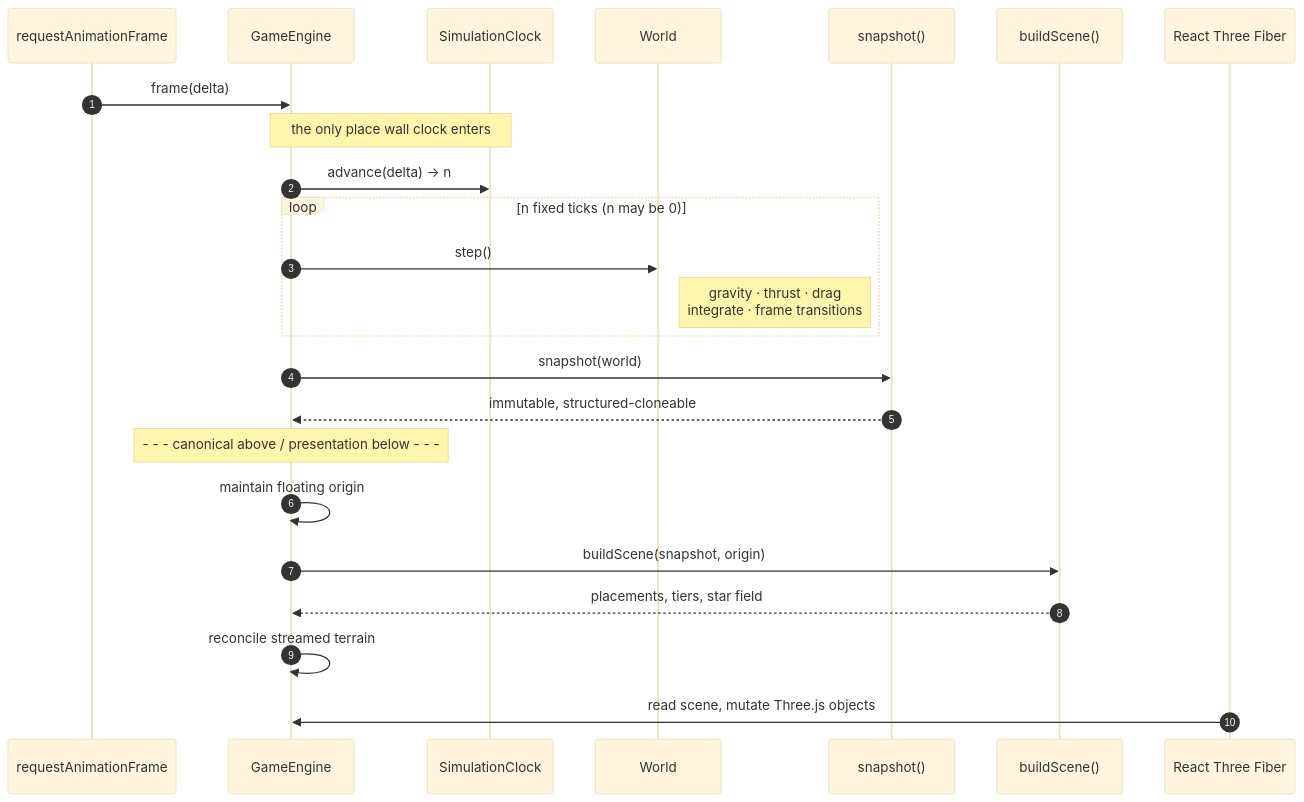
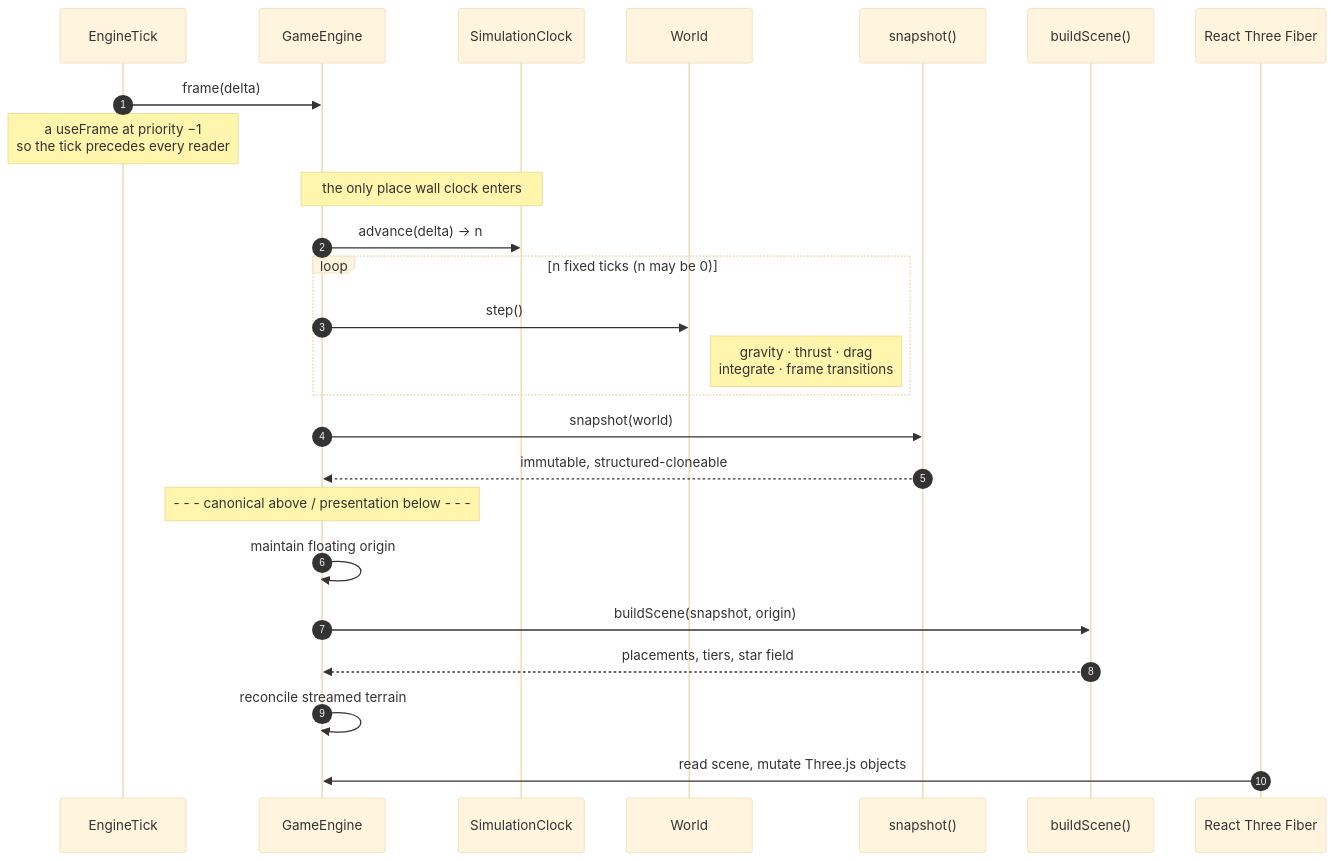
The third of 6 diagrams in docs/architecture.md (jonjaques/inertialref), drawn with Mermaid (base theme) before and after one commit. The commit also changed other lines of this file and 24 other files, not shown here.

````diff
--- a/docs/architecture.md
+++ b/docs/architecture.md
@@ -119,27 +119,28 @@
 ```mermaid
 sequenceDiagram
     autonumber
-    participant RAF as requestAnimationFrame
+    participant TICK as EngineTick
     participant ENG as GameEngine
     participant CLK as SimulationClock
     participant W as World
     participant SNAP as snapshot()
     participant SCN as buildScene()
     participant R3F as React Three Fiber
 
-    RAF->>ENG: frame(delta)
+    TICK->>ENG: frame(delta)
+    Note over TICK: a useFrame at priority −1<br/>so the tick precedes every reader
     Note over ENG,CLK: the only place wall clock enters
     ENG->>CLK: advance(delta) → n
     loop n fixed ticks (n may be 0)
         ENG->>W: step()
         Note right of W: gravity · thrust · drag<br/>integrate · frame transitions
     end
     ENG->>SNAP: snapshot(world)
     SNAP-->>ENG: immutable, structured-cloneable
     Note over ENG: - - - canonical above / presentation below - - -
     ENG->>ENG: maintain floating origin
     ENG->>SCN: buildScene(snapshot, origin)
     SCN-->>ENG: placements, tiers, star field
     ENG->>ENG: reconcile streamed terrain
     R3F->>ENG: read scene, mutate Three.js objects
 ```
````
